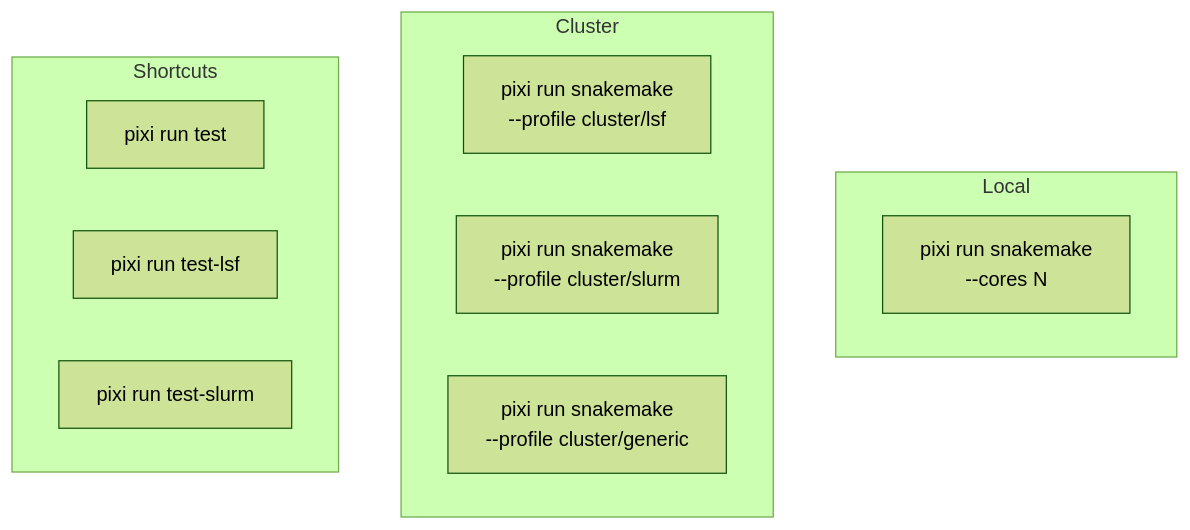
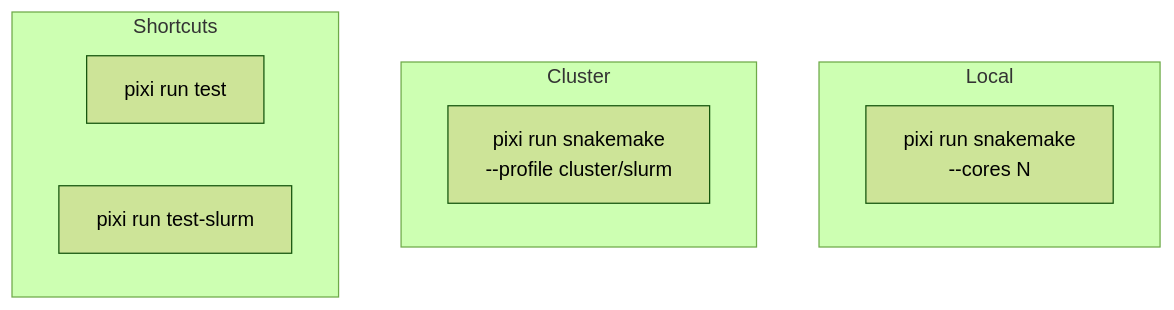
One commit to rnabioco/aa-tRNA-seq-pipeline changed the diagram in docs/user-guide/running-pipeline.md. Above: the diagram before and after it, drawn with Mermaid (forest theme). The commit also changed other lines of this file and 24 other files, not shown here.

````diff
--- a/docs/user-guide/running-pipeline.md
+++ b/docs/user-guide/running-pipeline.md
@@ -7,16 +7,13 @@
 ```mermaid
 flowchart TB
     subgraph Local
         A[pixi run snakemake<br/>--cores N]
     end
     subgraph Cluster
-        B[pixi run snakemake<br/>--profile cluster/lsf]
         C[pixi run snakemake<br/>--profile cluster/slurm]
-        F[pixi run snakemake<br/>--profile cluster/generic]
     end
     subgraph Shortcuts
         D[pixi run test]
-        E[pixi run test-lsf]
         G[pixi run test-slurm]
     end
 ```
````
